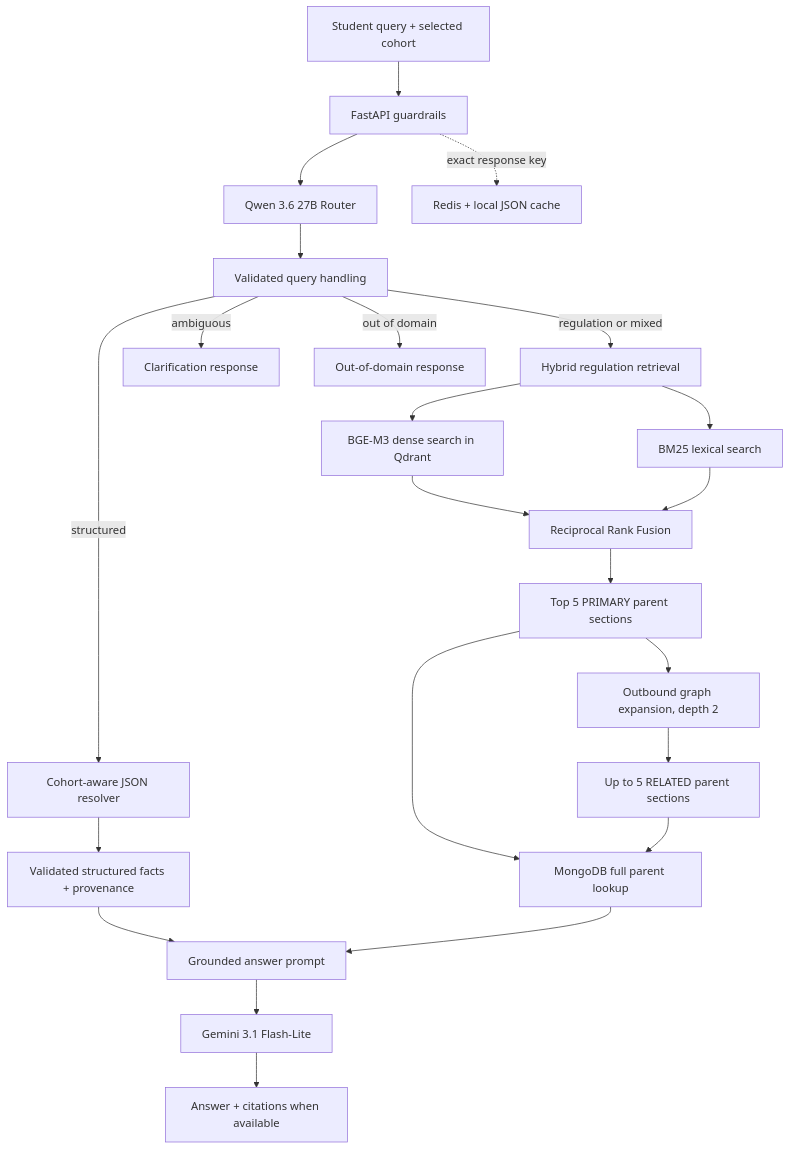
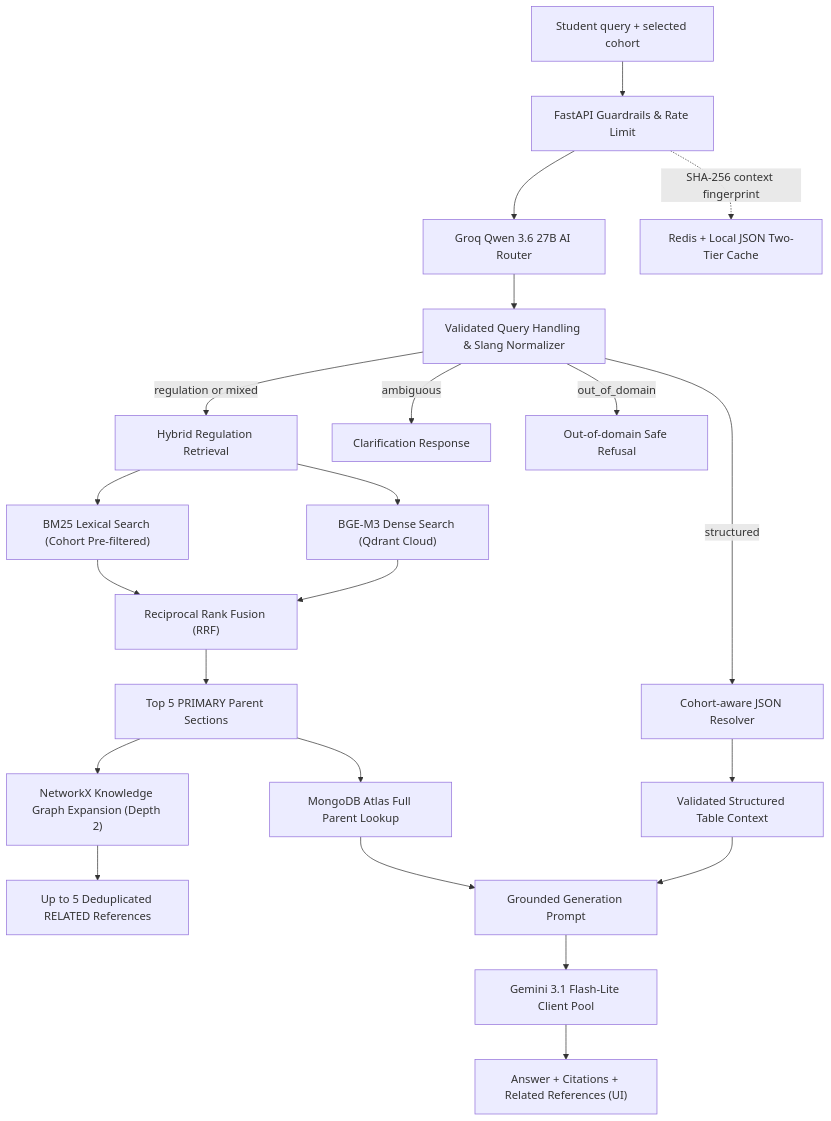
One commit to AnhPhiNe/student-handbook-rag-chatbot changed the second of 2 diagrams in README.md. Above: the diagram before and after it, drawn with Mermaid. The commit also changed other lines of this file and 1 other file, not shown here.

````diff
--- a/README.md
+++ b/README.md
@@ -72,30 +162,29 @@
 ```mermaid
 flowchart TD
-    User["Student query + selected cohort"] --> API["FastAPI guardrails"]
-    API --> Router["Qwen 3.6 27B Router"]
-    Router --> Query["Validated query handling"]
+    User["Student query + selected cohort"] --> API["FastAPI Guardrails & Rate Limit"]
+    API --> Router["Groq Qwen 3.6 27B AI Router"]
+    Router --> Query["Validated Query Handling & Slang Normalizer"]
 
-    Query -->|structured| Resolver["Cohort-aware JSON resolver"]
-    Query -->|regulation or mixed| Retrieval["Hybrid regulation retrieval"]
-    Query -->|ambiguous| Clarify["Clarification response"]
-    Query -->|out of domain| Reject["Out-of-domain response"]
+    Query -->|structured| Resolver["Cohort-aware JSON Resolver"]
+    Query -->|regulation or mixed| Retrieval["Hybrid Regulation Retrieval"]
+    Query -->|ambiguous| Clarify["Clarification Response"]
+    Query -->|out_of_domain| Reject["Out-of-domain Safe Refusal"]
 
-    Resolver --> Structured["Validated structured facts + provenance"]
+    Resolver --> Structured["Validated Structured Table Context"]
 
-    Retrieval --> Dense["BGE-M3 dense search in Qdrant"]
-    Retrieval --> Sparse["BM25 lexical search"]
-    Dense --> RRF["Reciprocal Rank Fusion"]
-    Sparse --> RRF
-    RRF --> Primary["Top 5 PRIMARY parent sections"]
-    Primary --> Graph["Outbound graph expansion, depth 2"]
-    Graph --> Related["Up to 5 RELATED parent sections"]
-    Primary --> Mongo["MongoDB full parent lookup"]
-    Related --> Mongo
+    Retrieval --> Dense["BGE-M3 Dense Search (Qdrant Cloud)"]
+    Retrieval --> Sparse["BM25 Lexical Search (Cohort Pre-filtered)"]
+    Dense --> Fusion["Reciprocal Rank Fusion (RRF)"]
+    Sparse --> Fusion
+    Fusion --> Primary["Top 5 PRIMARY Parent Sections"]
+    Primary --> Graph["NetworkX Knowledge Graph Expansion (Depth 2)"]
+    Graph --> Related["Up to 5 Deduplicated RELATED References"]
+    Primary --> Mongo["MongoDB Atlas Full Parent Lookup"]
 
-    Structured --> Prompt["Grounded answer prompt"]
+    Structured --> Prompt["Grounded Generation Prompt"]
     Mongo --> Prompt
-    Prompt --> Gemini["Gemini 3.1 Flash-Lite"]
-    Gemini --> Output["Answer + citations when available"]
+    Prompt --> Gemini["Gemini 3.1 Flash-Lite Client Pool"]
+    Gemini --> Output["Answer + Citations + Related References (UI)"]
 
-    API -. exact response key .-> Cache["Redis + local JSON cache"]
+    API -. SHA-256 context fingerprint .-> Cache["Redis + Local JSON Two-Tier Cache"]
 ```
````
